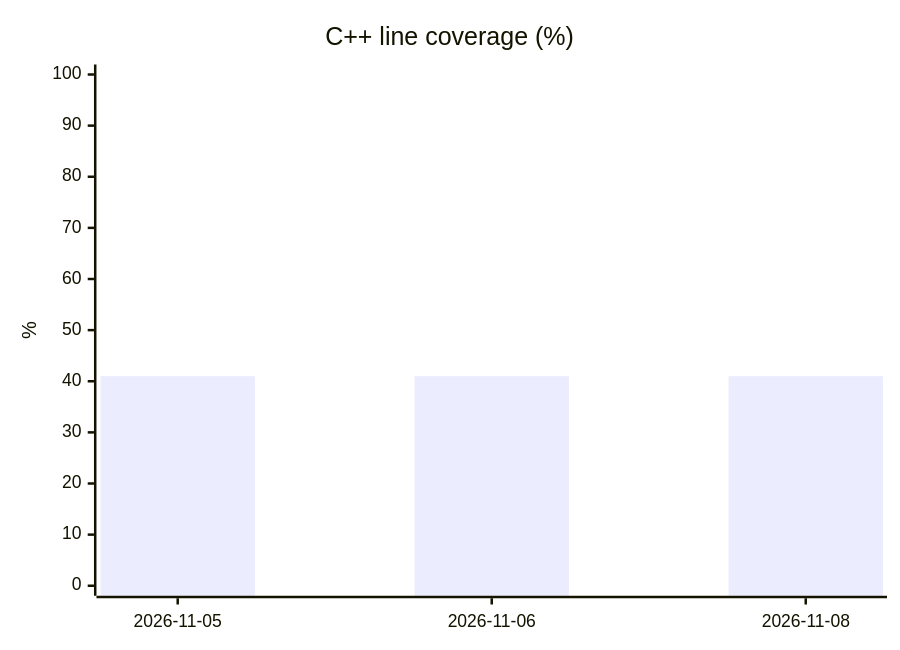
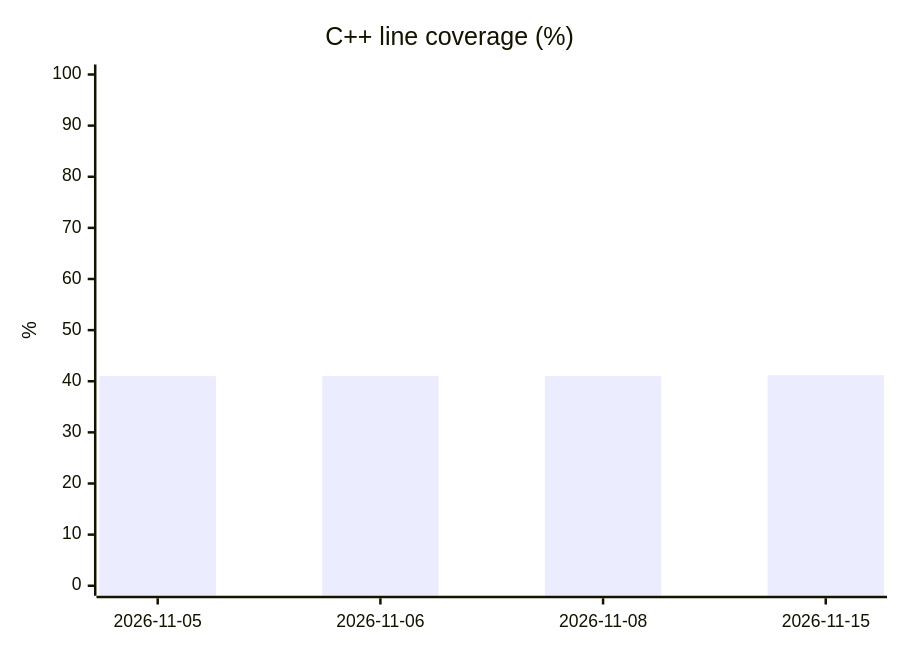
The first of 3 diagrams in README.md (SCIInstitute/ShapeWorks), drawn with Mermaid before and after one commit. The commit also changed other lines of this file and 1 other file, not shown here.

````diff
--- a/README.md
+++ b/README.md
@@ -15,7 +15,7 @@
 ```mermaid
 xychart-beta
     title "C++ line coverage (%)"
-    x-axis ["2026-11-05", "2026-11-06", "2026-11-08"]
+    x-axis ["2026-11-05", "2026-11-06", "2026-11-08", "2026-11-15"]
     y-axis "%" 0 --> 100
-    bar [41.0, 41.0, 41.0]
+    bar [41.0, 41.0, 41.0, 41.2]
 ```
````
